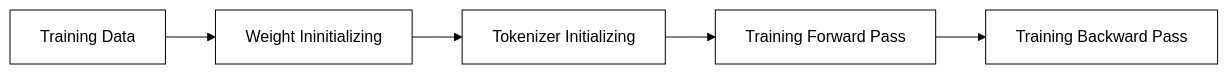
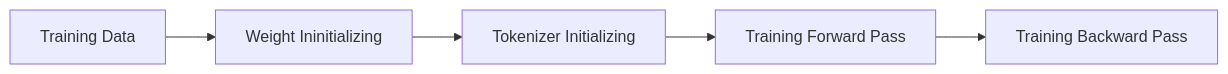
The first of 2 diagrams in README.md (ChrisZhu2050/chriszhu2050.github.io), drawn with Mermaid before and after one commit.

````diff
--- a/README.md
+++ b/README.md
@@ -14,5 +14,5 @@
 ```mermaid
-%%{init: {'theme':'base', 'themeVariables': {'primaryColor': '#ffffff','primaryTextColor': '#000000','primaryBorderColor': '#000000','lineColor': '#000000','secondaryColor':'#ffffff','tertiaryColor': '#ffffff'}}}%%
+
 graph LR
     A[Training Data] --> B[Weight Ininitializing] --> C[Tokenizer Initializing] --> D[Training Forward Pass] --> E[Training Backward Pass]
 ```
````
